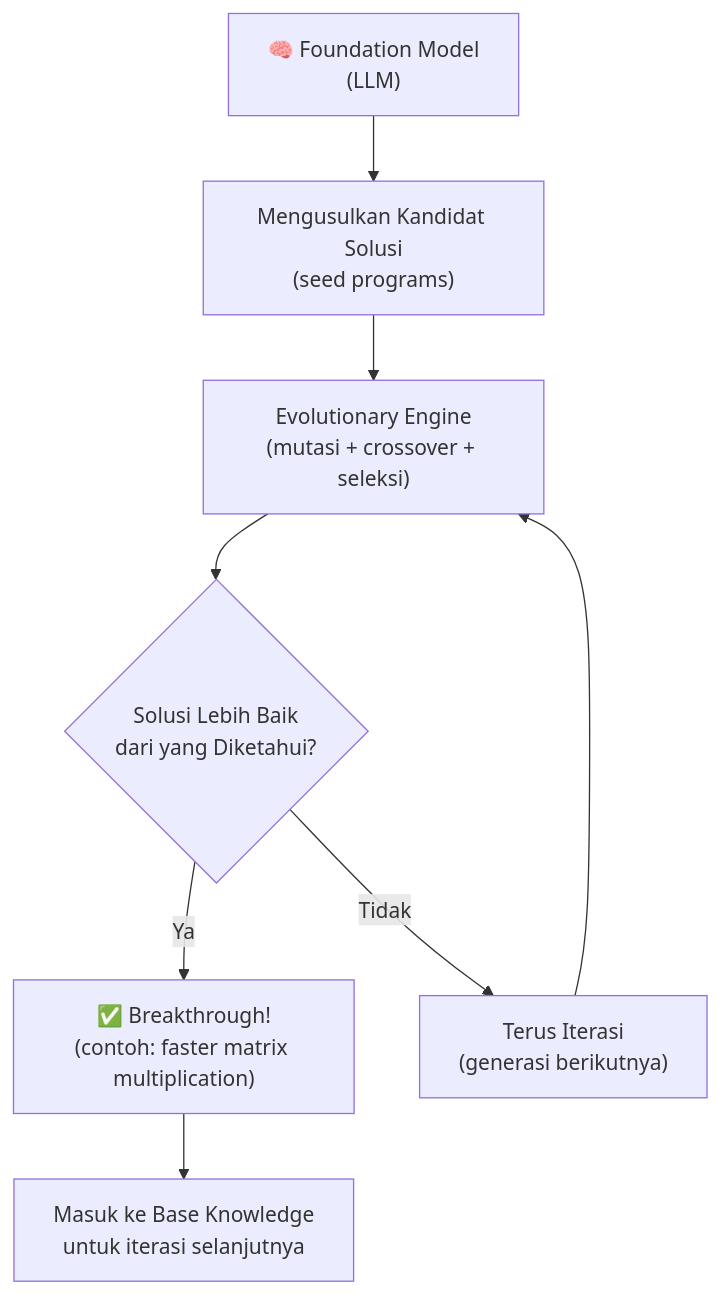
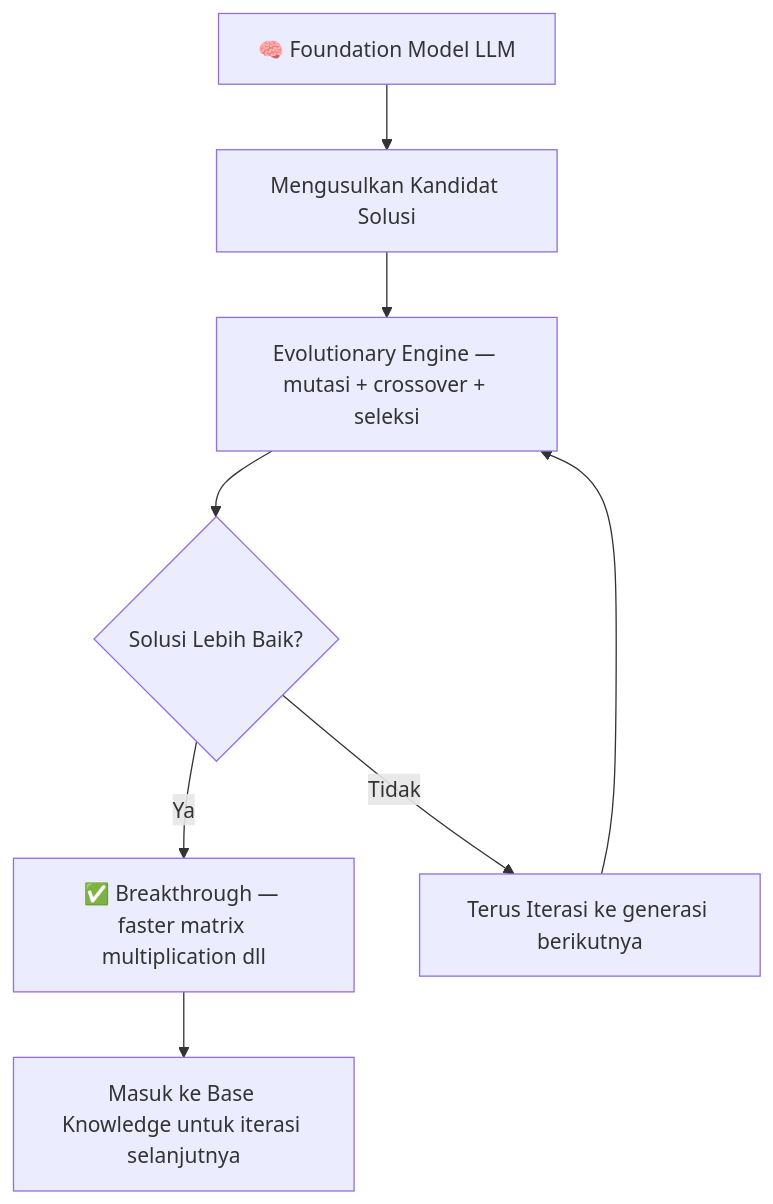
One commit to dwirx/BangunAI-Blog changed the fourth of 9 diagrams in src/content/articles/demis-hassabis-masa-depan-ai-simulasi-realita-dan-agi.mdx. Above: the diagram before and after it, drawn with Mermaid. The commit also changed other lines of this file, not shown here.

Commit message:
Fix: perbaiki Mermaid parse error pada diamond node dan edge label

````diff
--- a/src/content/articles/demis-hassabis-masa-depan-ai-simulasi-realita-dan-agi.mdx
+++ b/src/content/articles/demis-hassabis-masa-depan-ai-simulasi-realita-dan-agi.mdx
@@ -192,10 +192,10 @@
 ```mermaid
 graph TD
-    A["🧠 Foundation Model\n(LLM)"] --> B["Mengusulkan Kandidat Solusi\n(seed programs)"]
-    B --> C["Evolutionary Engine\n(mutasi + crossover + seleksi)"]
-    C --> D{"Solusi Lebih Baik\ndari yang Diketahui?"}
-    D -->|Ya| E["✅ Breakthrough!\n(contoh: faster matrix multiplication)"]
-    D -->|Tidak| F["Terus Iterasi\n(generasi berikutnya)"]
+    A["🧠 Foundation Model LLM"] --> B["Mengusulkan Kandidat Solusi"]
+    B --> C["Evolutionary Engine — mutasi + crossover + seleksi"]
+    C --> D{Solusi Lebih Baik?}
+    D -->|Ya| E["✅ Breakthrough — faster matrix multiplication dll"]
+    D -->|Tidak| F["Terus Iterasi ke generasi berikutnya"]
     F --> C
-    E --> G["Masuk ke Base Knowledge\nuntuk iterasi selanjutnya"]
+    E --> G["Masuk ke Base Knowledge untuk iterasi selanjutnya"]
 ```
````
